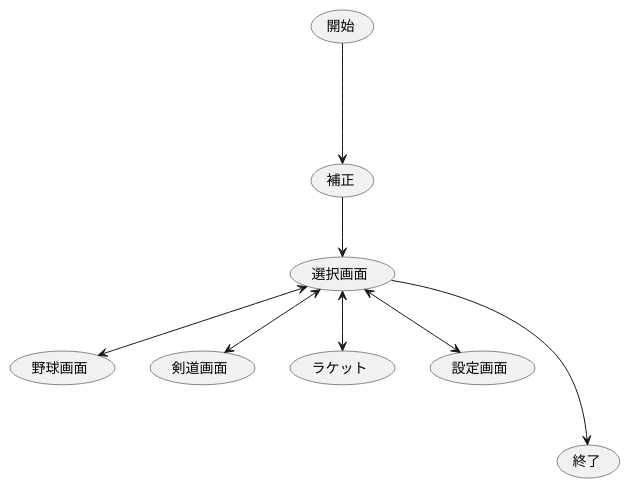
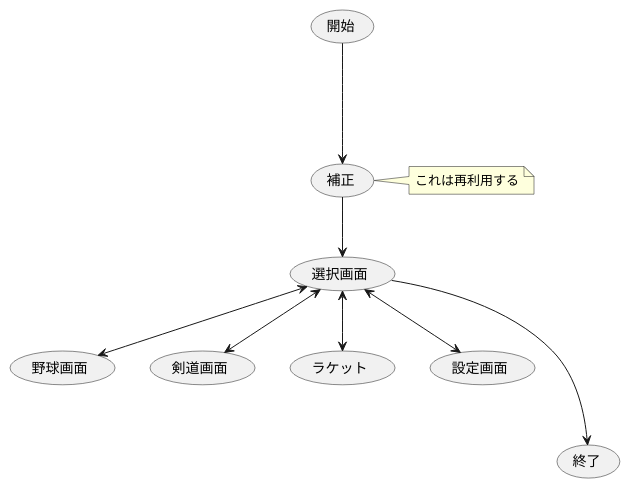
One commit to TNCT-Nakano/Design changed the diagram in uml/view.pu. Above: the diagram before and after it, drawn with PlantUML.

Commit message:
補正のコメントを追加した.

```diff
--- a/uml/view.pu
+++ b/uml/view.pu
@@ -1,27 +1,28 @@
 @startuml
 
 
 
 
 
 (開始) as begin
 (補正) as cabiration
+note right of cabiration:これは再利用する
 
 (選択画面) as selector
 (野球画面) as baseball
 (剣道画面) as kendo
 (ラケット) as racket
 (設定画面) as configuration
 (終了) as finish
 
 begin --->cabiration
 cabiration --> selector
 selector <--> baseball
 selector <--> kendo
 selector <--> racket
 selector <--> configuration
 
 selector --->finish
 
 
 @enduml
```
